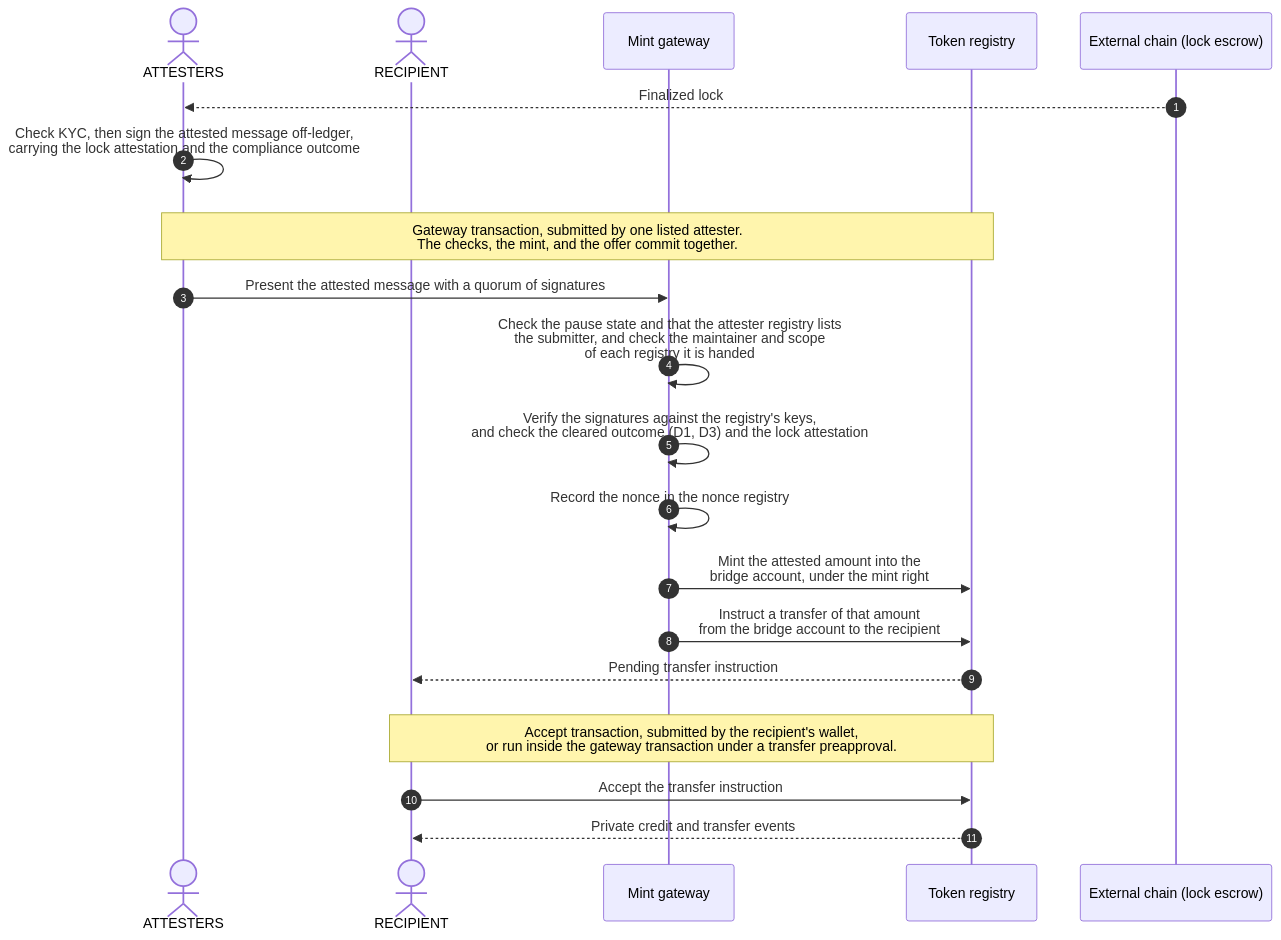
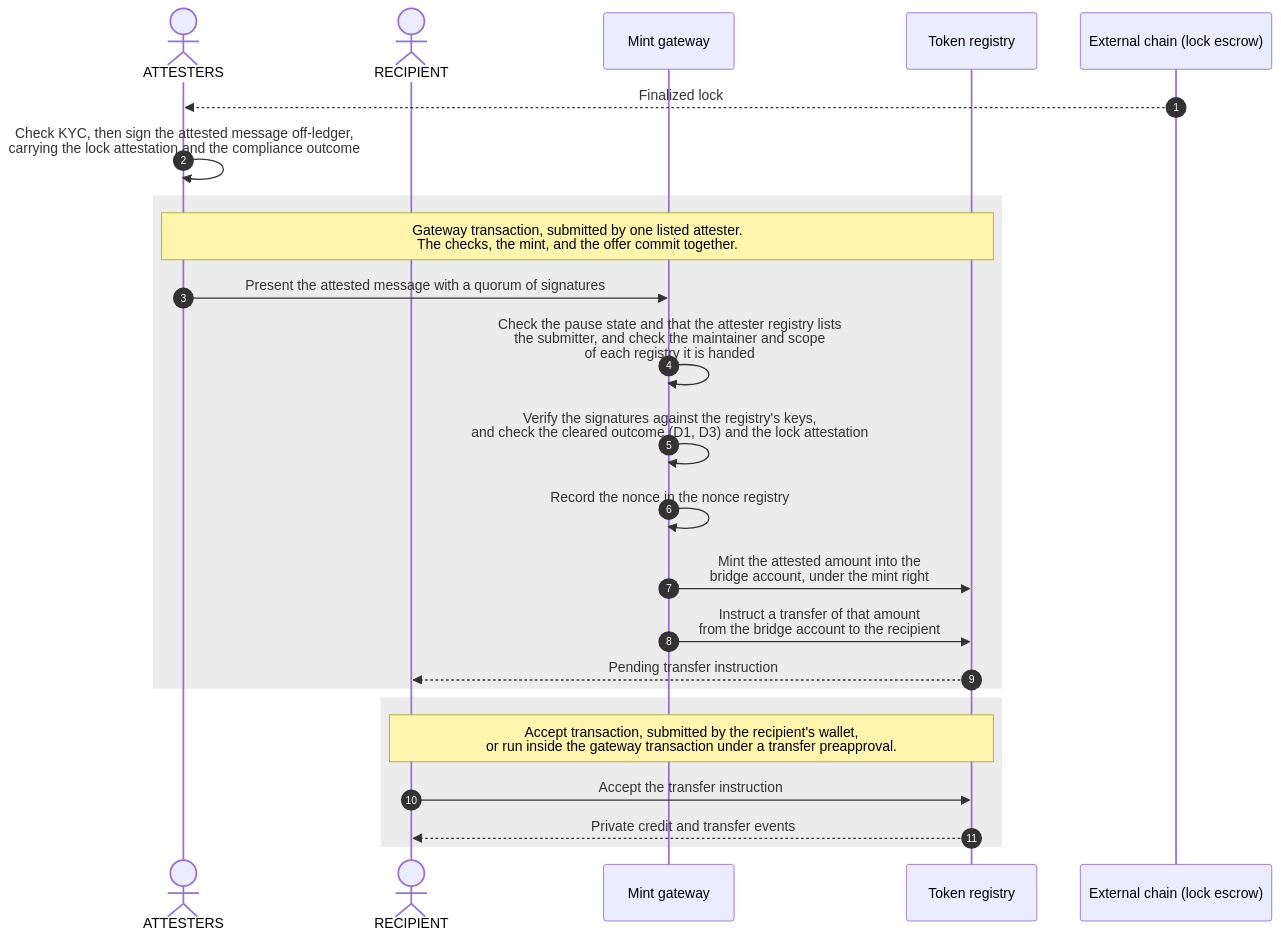
Before and after one commit to OpenZeppelin/canton-specs: the third of 5 diagrams in docs/reference-architectures/cross-chain-stablecoin.md, drawn with Mermaid. The commit also changed other lines of this file, not shown here.

First line of the commit message:
docs: add a lifecycle diagram to the summary

````diff
--- a/docs/reference-architectures/cross-chain-stablecoin.md
+++ b/docs/reference-architectures/cross-chain-stablecoin.md
@@ -455,27 +467,27 @@
 ```mermaid
 sequenceDiagram
     autonumber
     actor Attesters as ATTESTERS
     actor Recipient as RECIPIENT
     participant App as Mint gateway
     participant Registry as Token registry
     participant Chain as External chain (lock escrow)
 
     Chain-->>Attesters: Finalized lock
     Attesters->>Attesters: Check KYC, then sign the attested message off-ledger,<br/>carrying the lock attestation and the compliance outcome
-    rect rgba(255, 255, 255, .1)
+    rect rgba(127, 127, 127, .15)
         Note over Attesters,Registry: Gateway transaction, submitted by one listed attester.<br/>The checks, the mint, and the offer commit together.
         Attesters->>App: Present the attested message with a quorum of signatures
         App->>App: Check the pause state and that the attester registry lists<br/>the submitter, and check the maintainer and scope<br/>of each registry it is handed
         App->>App: Verify the signatures against the registry's keys,<br/>and check the cleared outcome (D1, D3) and the lock attestation
         App->>App: Record the nonce in the nonce registry
         App->>Registry: Mint the attested amount into the<br/>bridge account, under the mint right
         App->>Registry: Instruct a transfer of that amount<br/>from the bridge account to the recipient
         Registry-->>Recipient: Pending transfer instruction
     end
-    rect rgba(255, 255, 255, .1)
+    rect rgba(127, 127, 127, .15)
         Note over Recipient,Registry: Accept transaction, submitted by the recipient's wallet,<br/>or run inside the gateway transaction under a transfer preapproval.
         Recipient->>Registry: Accept the transfer instruction
         Registry-->>Recipient: Private credit and transfer events
     end
 ```
````
